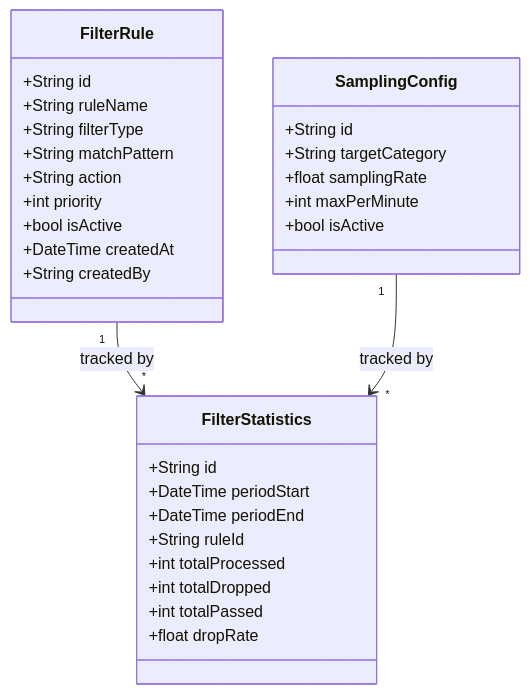
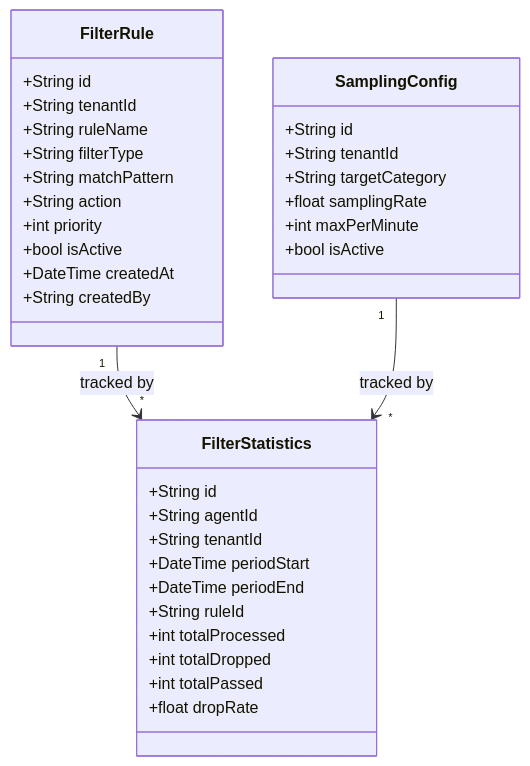
Before and after one commit to chjcmy/study: diagram 19 of 21 in azure/projects/log-doctor-plan.md, drawn with Mermaid. The commit also changed other lines of this file, not shown here.

````diff
--- a/azure/projects/log-doctor-plan.md
+++ b/azure/projects/log-doctor-plan.md
@@ -806,36 +736,40 @@
 ```mermaid
 classDiagram
     class FilterRule {
         +String id
+        +String tenantId
         +String ruleName
         +String filterType
         +String matchPattern
         +String action
         +int priority
         +bool isActive
         +DateTime createdAt
         +String createdBy
     }
 
     class FilterStatistics {
         +String id
+        +String agentId
+        +String tenantId
         +DateTime periodStart
         +DateTime periodEnd
         +String ruleId
         +int totalProcessed
         +int totalDropped
         +int totalPassed
         +float dropRate
     }
 
     class SamplingConfig {
         +String id
+        +String tenantId
         +String targetCategory
         +float samplingRate
         +int maxPerMinute
         +bool isActive
     }
 
     FilterRule "1" --> "*" FilterStatistics : tracked by
     SamplingConfig "1" --> "*" FilterStatistics : tracked by
 ```
````
